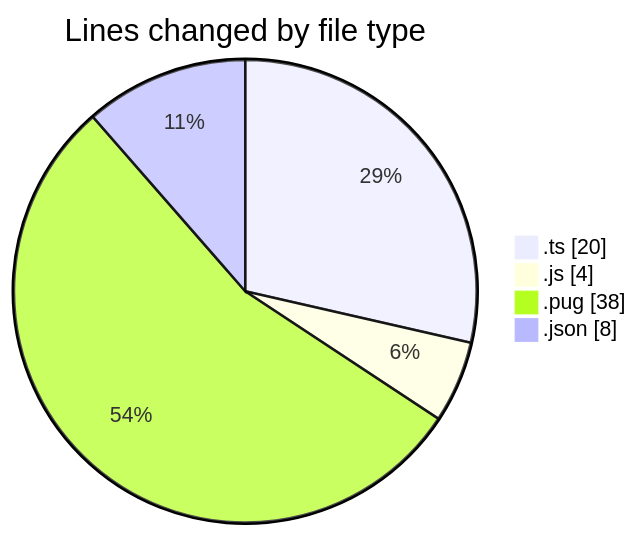
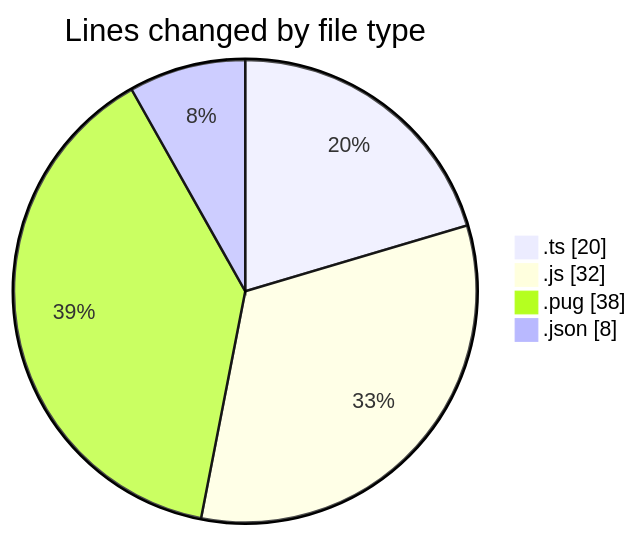
The first of 2 diagrams in 2025-02-25/cda/README.md (momahboobian/code-tracking), drawn with Mermaid before and after one commit. The commit also changed other lines of this file and 1 other file, not shown here.

````diff
--- a/2025-02-25/cda/README.md
+++ b/2025-02-25/cda/README.md
@@ -24,8 +24,8 @@
 ```mermaid
 pie showData
 title Lines changed by file type
 ".ts" : 20
-".js" : 4
+".js" : 32
 ".pug" : 38
 ".json" : 8
 ```
````
